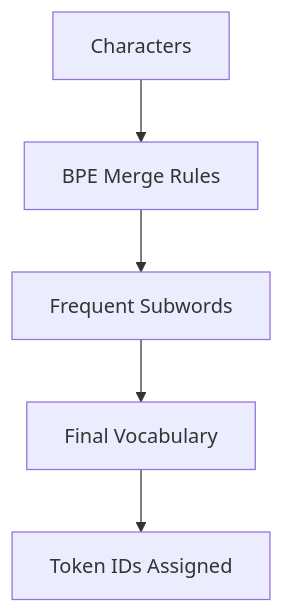
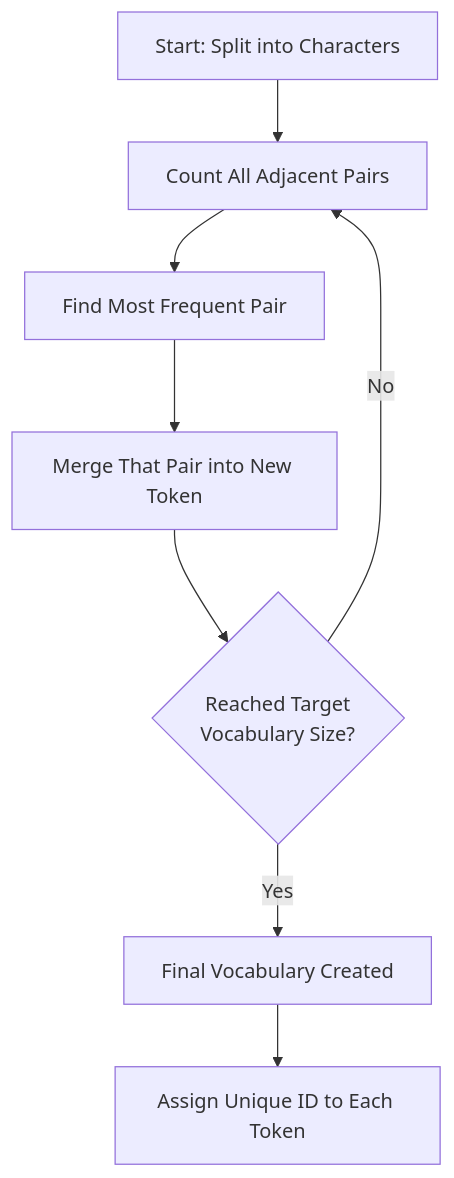
Before and after one commit to mayank171/SLM: the third of 5 diagrams in README.md, drawn with Mermaid. The commit also changed other lines of this file, not shown here.

````diff
--- a/README.md
+++ b/README.md
@@ -211,7 +244,10 @@
-``` mermaid
+```mermaid
 flowchart TD
-    A[Characters] --> B[BPE Merge Rules]
-    B --> C[Frequent Subwords]
-    C --> D[Final Vocabulary]
-    D --> E[Token IDs Assigned]
+    A[Start: Split into Characters] --> B[Count All Adjacent Pairs]
+    B --> C[Find Most Frequent Pair]
+    C --> D[Merge That Pair into New Token]
+    D --> E{Reached Target<br/>Vocabulary Size?}
+    E -->|No| B
+    E -->|Yes| F[Final Vocabulary Created]
+    F --> G[Assign Unique ID to Each Token]
 ```
````
